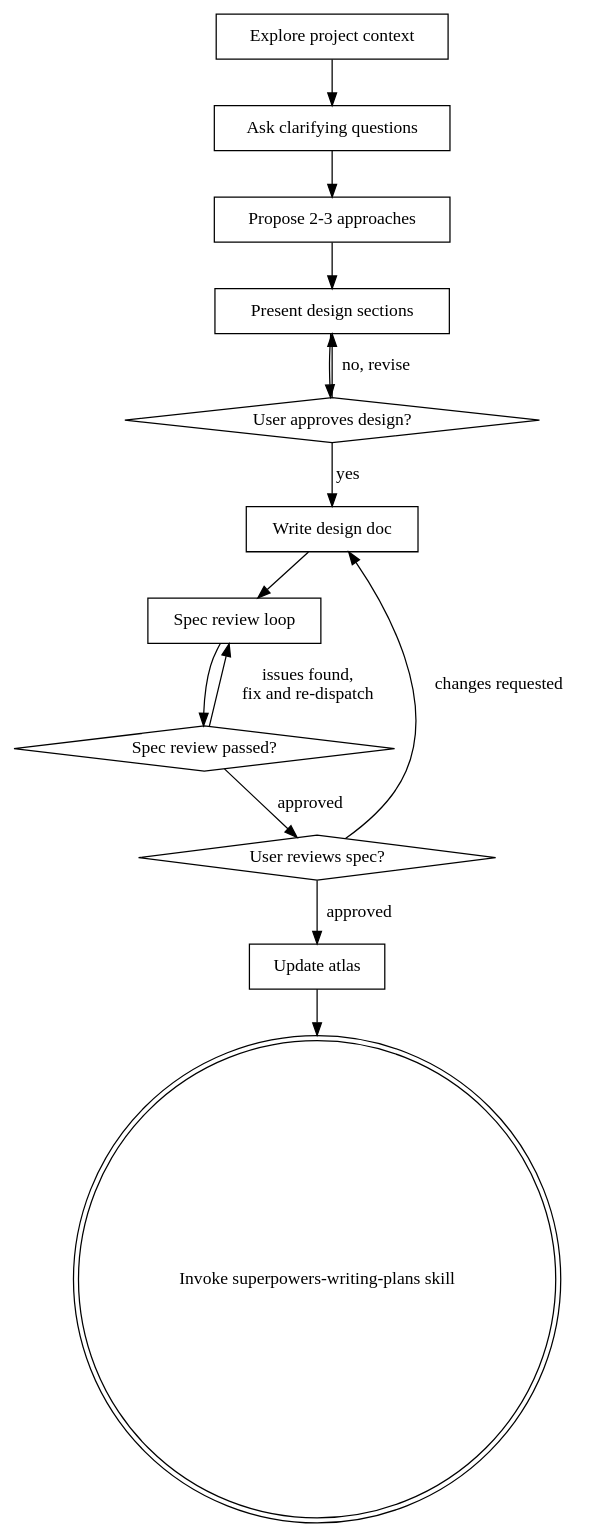
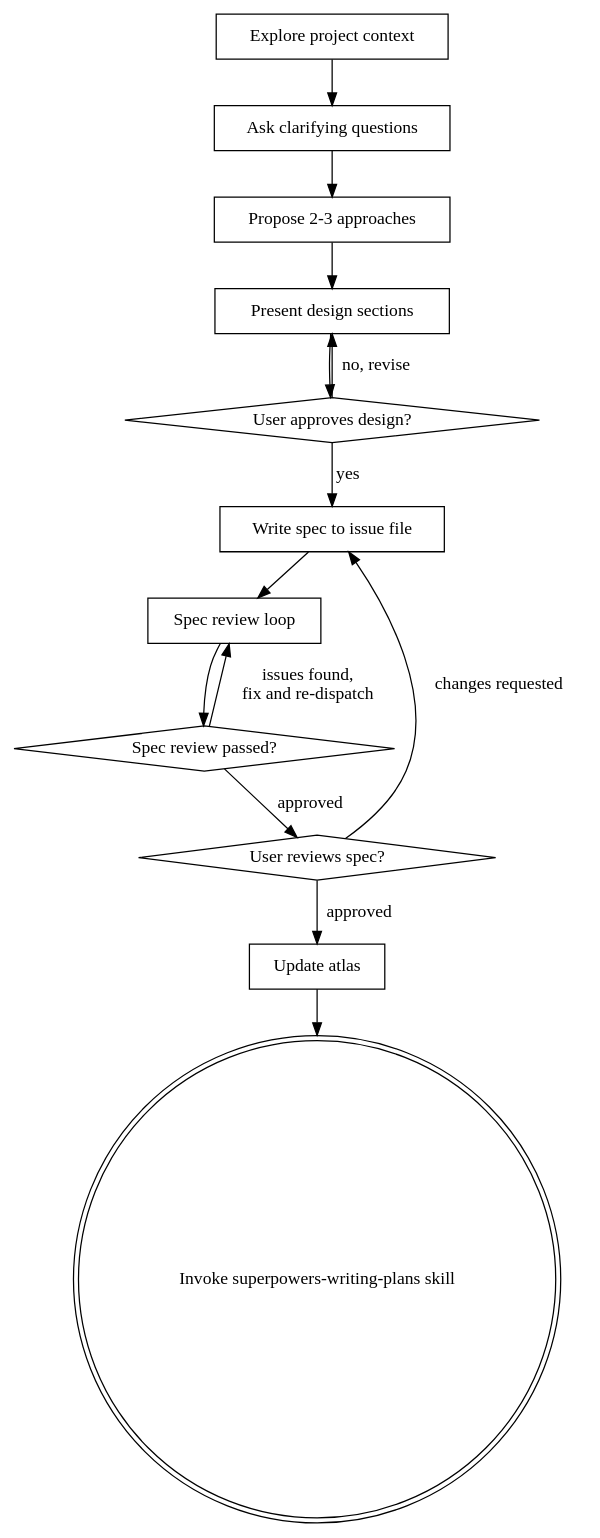
Before and after one commit to xianxu/parley.nvim: the diagram in .claude/skills/superpowers-brainstorming/SKILL.md, drawn with Graphviz. The commit also changed other lines of this file and 17 other files, not shown here.

````diff
--- a/.claude/skills/superpowers-brainstorming/SKILL.md
+++ b/.claude/skills/superpowers-brainstorming/SKILL.md
@@ -36,29 +36,29 @@
 ```dot
 digraph brainstorming {
     "Explore project context" [shape=box];
     "Ask clarifying questions" [shape=box];
     "Propose 2-3 approaches" [shape=box];
     "Present design sections" [shape=box];
     "User approves design?" [shape=diamond];
-    "Write design doc" [shape=box];
+    "Write spec to issue file" [shape=box];
     "Spec review loop" [shape=box];
     "Spec review passed?" [shape=diamond];
     "User reviews spec?" [shape=diamond];
     "Update atlas" [shape=box];
     "Invoke superpowers-writing-plans skill" [shape=doublecircle];
 
     "Explore project context" -> "Ask clarifying questions";
     "Ask clarifying questions" -> "Propose 2-3 approaches";
     "Propose 2-3 approaches" -> "Present design sections";
     "Present design sections" -> "User approves design?";
     "User approves design?" -> "Present design sections" [label="no, revise"];
-    "User approves design?" -> "Write design doc" [label="yes"];
-    "Write design doc" -> "Spec review loop";
+    "User approves design?" -> "Write spec to issue file" [label="yes"];
+    "Write spec to issue file" -> "Spec review loop";
     "Spec review loop" -> "Spec review passed?";
     "Spec review passed?" -> "Spec review loop" [label="issues found,\nfix and re-dispatch"];
     "Spec review passed?" -> "User reviews spec?" [label="approved"];
-    "User reviews spec?" -> "Write design doc" [label="changes requested"];
+    "User reviews spec?" -> "Write spec to issue file" [label="changes requested"];
     "User reviews spec?" -> "Update atlas" [label="approved"];
     "Update atlas" -> "Invoke superpowers-writing-plans skill";
 }
 ```
````
